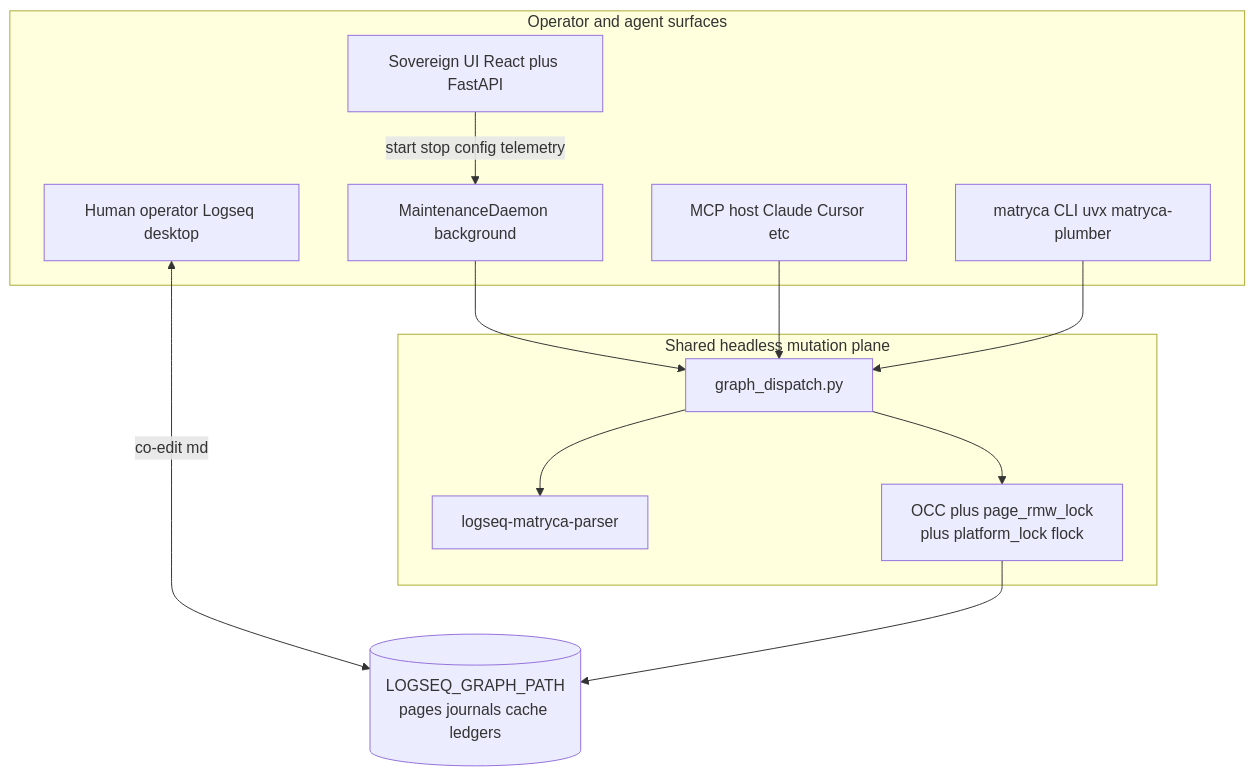
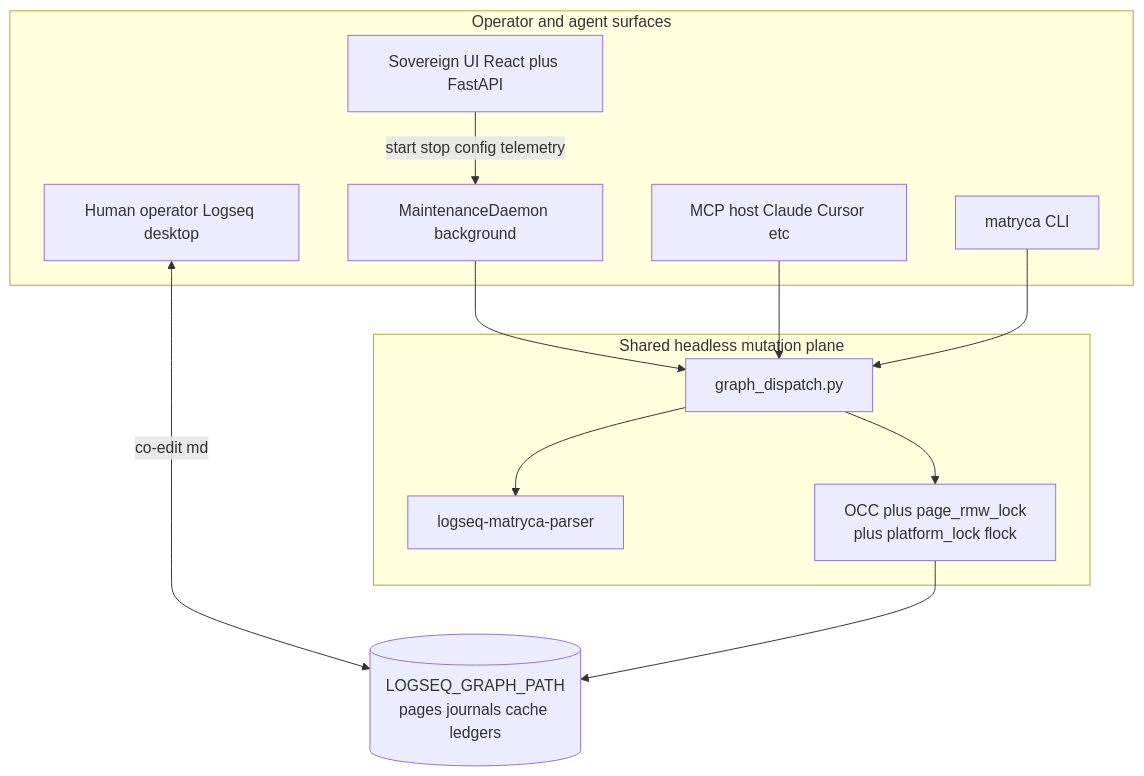
Before and after one commit to MarcoPorcellato/matryca-plumber: the first of 3 diagrams in docs/knowledge/architecture/system-overview.md, drawn with Mermaid. The commit also changed other lines of this file and 13 other files, not shown here.

````diff
--- a/docs/knowledge/architecture/system-overview.md
+++ b/docs/knowledge/architecture/system-overview.md
@@ -57,27 +57,27 @@
 ```mermaid
 flowchart TB
   subgraph clients [Operator and agent surfaces]
     Human[Human operator Logseq desktop]
     UI[Sovereign UI React plus FastAPI]
     Daemon[MaintenanceDaemon background]
     MCP[MCP host Claude Cursor etc]
-    CLI[matryca CLI uvx matryca-plumber]
+    CLI[matryca CLI]
   end
 
   subgraph plane [Shared headless mutation plane]
     Dispatch[graph_dispatch.py]
     Parser[logseq-matryca-parser]
     Locks[OCC plus page_rmw_lock\nplus platform_lock flock]
   end
 
   Vault[(LOGSEQ_GRAPH_PATH\npages journals cache ledgers)]
 
   Human <-->|"co-edit md"| Vault
   UI -->|"start stop config telemetry"| Daemon
   Daemon --> Dispatch
   MCP --> Dispatch
   CLI --> Dispatch
   Dispatch --> Parser
   Dispatch --> Locks
   Locks --> Vault
 ```
````
